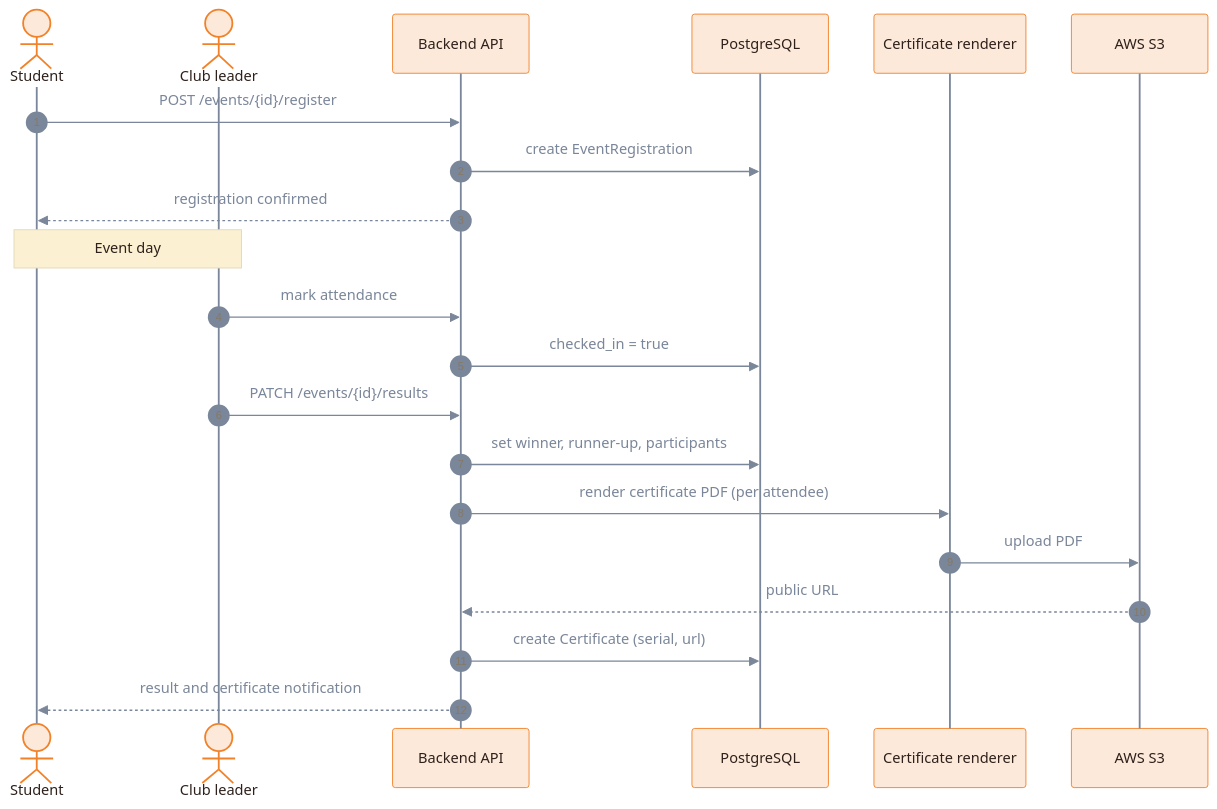
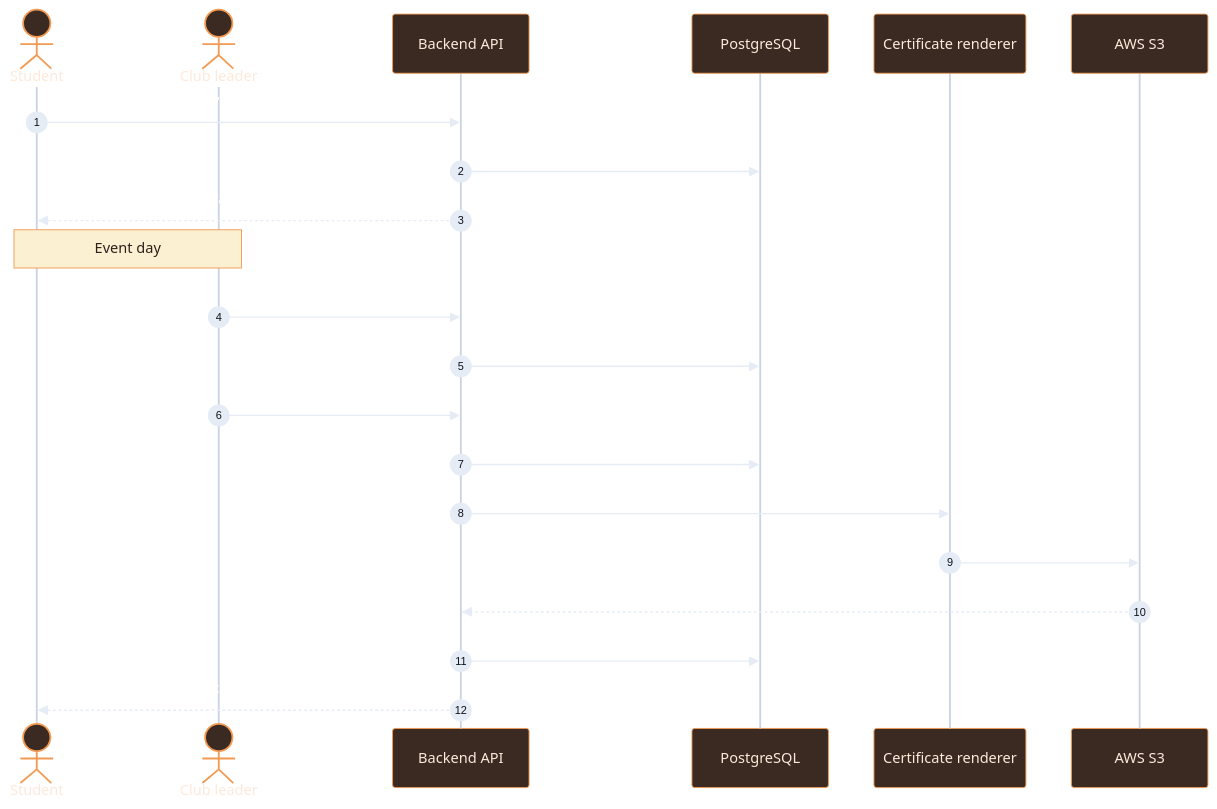
One commit to 1mystic/Campus-Connect changed the first of 2 diagrams in README.md. Above: the diagram before and after it, drawn with Mermaid. The commit also changed other lines of this file, not shown here.

Commit message:
Update mermaid diagrams with new theme colors

````diff
--- a/README.md
+++ b/README.md
@@ -146,25 +146,47 @@
 ```mermaid
-%%{init: {'theme':'base','themeVariables':{'primaryColor':'#FDE9D9','primaryBorderColor':'#F28229','primaryTextColor':'#2E211C','lineColor':'#7A8699','textColor':'#7A8699','secondaryColor':'#E3F1E5','tertiaryColor':'#FDFBF9','noteBkgColor':'#FBF0D2','noteTextColor':'#2E211C','actorLineColor':'#7A8699','labelBoxBkgColor':'#FBF0D2','labelTextColor':'#2E211C','actorBkg':'#FDE9D9','actorBorder':'#F28229','actorTextColor':'#2E211C','signalColor':'#7A8699','signalTextColor':'#7A8699'}}}%%
+%%{init: {'theme':'base','themeVariables':{
+  'primaryColor':'#3A2A22',
+  'primaryBorderColor':'#F29A52',
+  'primaryTextColor':'#FDE9D9',
+  'lineColor':'#E6ECF5',
+  'textColor':'#FFFFFF',
+  'actorBkg':'#3A2A22',
+  'actorBorder':'#F29A52',
+  'actorTextColor':'#FDE9D9',
+  'actorLineColor':'#C9D3E3',
+  'signalColor':'#E6ECF5',
+  'signalTextColor':'#FFFFFF',
+  'noteBkgColor':'#FBF0D2',
+  'noteBorderColor':'#F29A52',
+  'noteTextColor':'#2E211C',
+  'labelBoxBkgColor':'#FBF0D2',
+  'labelTextColor':'#2E211C',
+  'sequenceNumberColor':'#0D1117'
+}}}%%
 sequenceDiagram
     autonumber
     actor S as Student
     actor L as Club leader
     participant API as Backend API
     participant DB as PostgreSQL
     participant R as Certificate renderer
     participant S3 as AWS S3
 
     S->>API: POST /events/{id}/register
     API->>DB: create EventRegistration
     API-->>S: registration confirmed
+
     Note over S,L: Event day
+
     L->>API: mark attendance
     API->>DB: checked_in = true
     L->>API: PATCH /events/{id}/results
     API->>DB: set winner, runner-up, participants
+
     API->>R: render certificate PDF (per attendee)
     R->>S3: upload PDF
     S3-->>API: public URL
+
     API->>DB: create Certificate (serial, url)
     API-->>S: result and certificate notification
 ```
````
